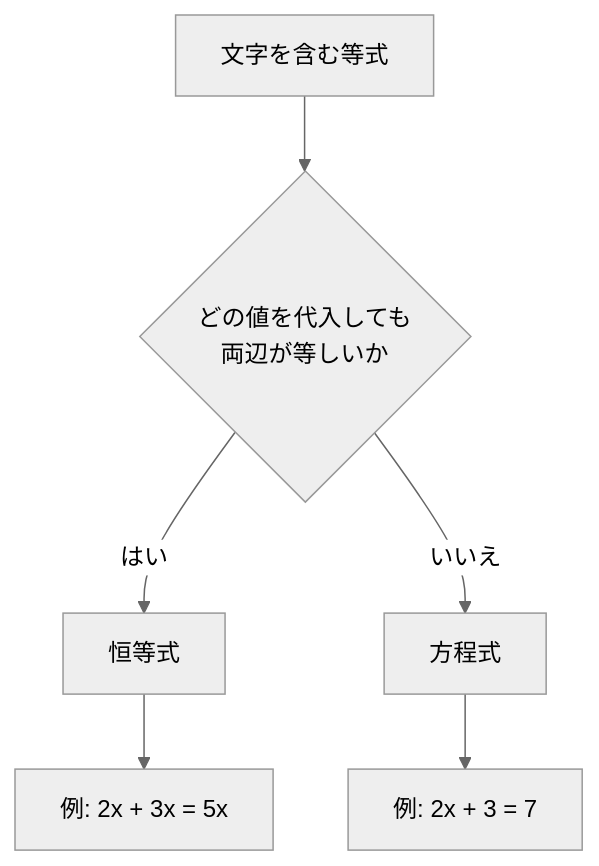
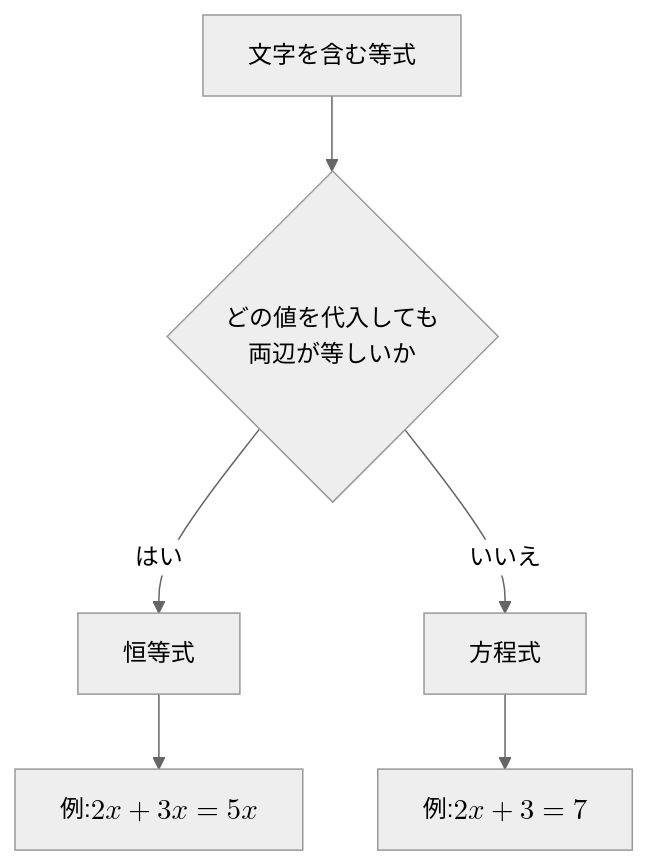
The diagram in src/content/docs/math/algebra/identities.mdx (seijikohara/physics-roadmap), drawn with Mermaid (neutral theme) before and after one commit. The commit also changed other lines of this file and 19 other files, not shown here.

````diff
--- a/src/content/docs/math/algebra/identities.mdx
+++ b/src/content/docs/math/algebra/identities.mdx
@@ -57,8 +57,8 @@
 ```mermaid
 flowchart TD
   A["文字を含む等式"] --> B{"どの値を代入しても<br/>両辺が等しいか"}
   B -->|はい| C["恒等式"]
   B -->|いいえ| D["方程式"]
-  C --> E["例: 2x + 3x = 5x"]
-  D --> F["例: 2x + 3 = 7"]
+  C --> E["例: $$2x + 3x = 5x$$"]
+  D --> F["例: $$2x + 3 = 7$$"]
 ```
````
